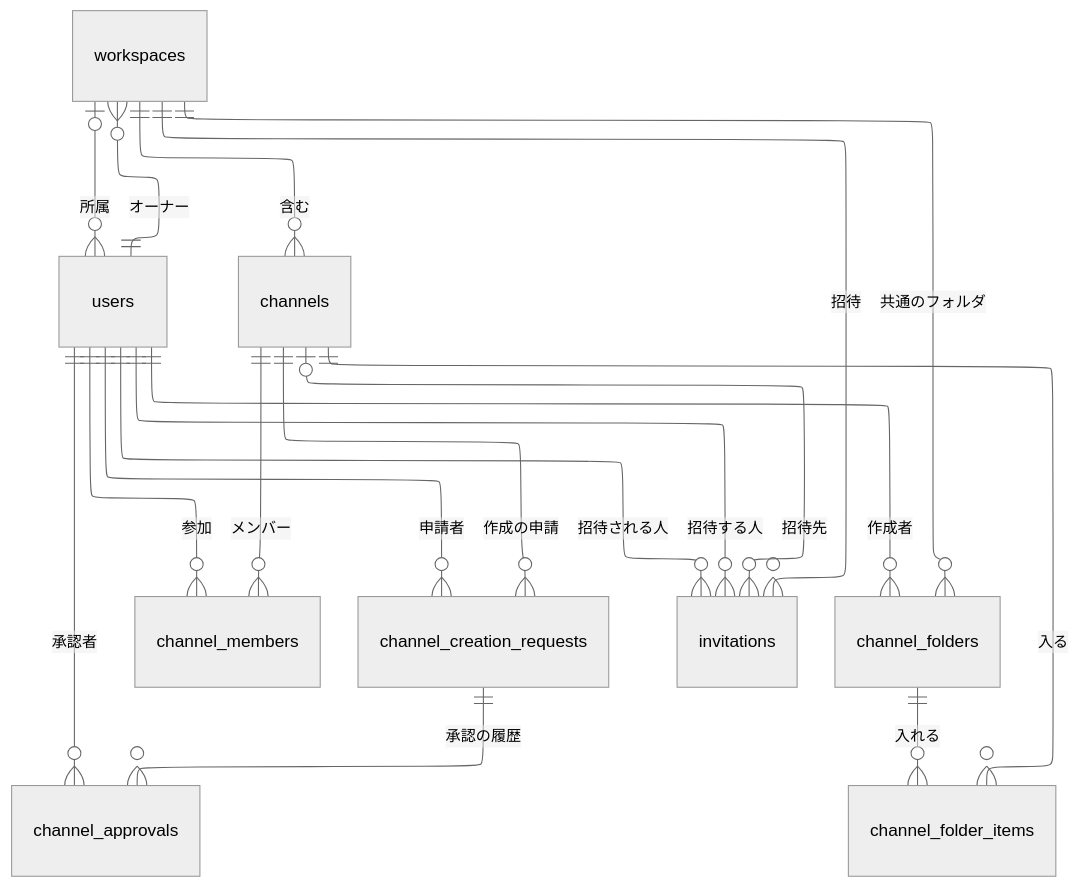
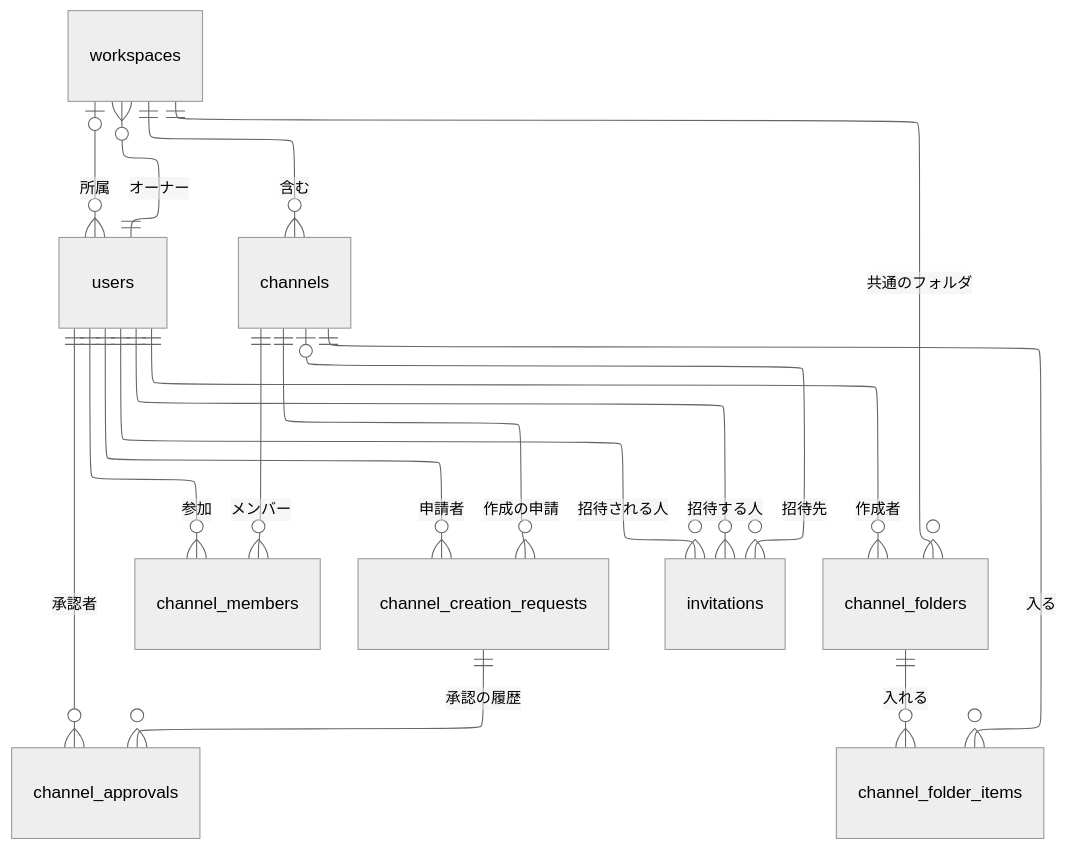
One commit to yamamotonaoki3/internal-system changed the second of 8 diagrams in docs/requirements/data-model.md. Above: the diagram before and after it, drawn with Mermaid (neutral theme). The commit also changed other lines of this file and 20 other files, not shown here.

````diff
--- a/docs/requirements/data-model.md
+++ b/docs/requirements/data-model.md
@@ -49,24 +51,23 @@
 ```mermaid
 ---
 config:
   layout: elk
 ---
 erDiagram
     users ||--o{ workspaces : "オーナー"
     workspaces |o--o{ users : "所属"
     workspaces ||--o{ channels : "含む"
     channels ||--o{ channel_members : "メンバー"
     users ||--o{ channel_members : "参加"
     channels ||--o{ channel_creation_requests : "作成の申請"
     channel_creation_requests ||--o{ channel_approvals : "承認の履歴"
     users ||--o{ channel_creation_requests : "申請者"
     users ||--o{ channel_approvals : "承認者"
-    workspaces ||--o{ invitations : "招待"
     channels |o--o{ invitations : "招待先"
     users ||--o{ invitations : "招待する人"
     users ||--o{ invitations : "招待される人"
     workspaces ||--o{ channel_folders : "共通のフォルダ"
     users ||--o{ channel_folders : "作成者"
     channel_folders ||--o{ channel_folder_items : "入れる"
     channels ||--o{ channel_folder_items : "入る"
 ```
````
